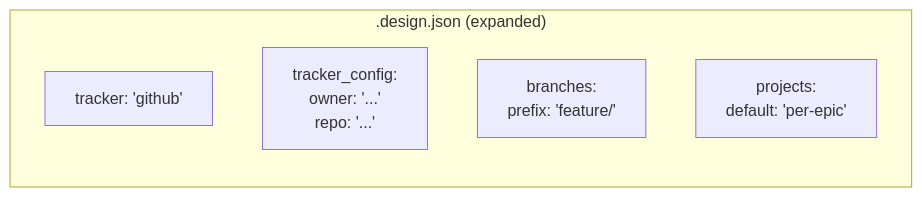
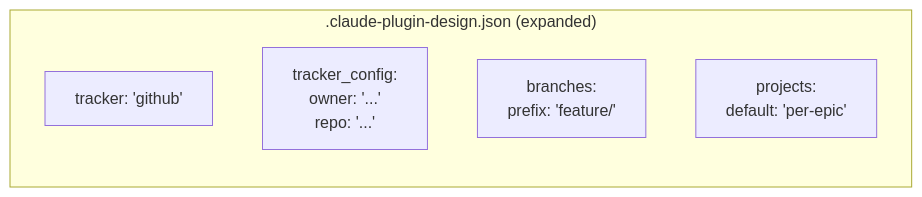
One commit to joestump/claude-plugin-design changed the second of 2 diagrams in docs/adrs/ADR-0009-project-grouping-and-developer-workflow-conventions.md. Above: the diagram before and after it, drawn with Mermaid. The commit also changed other lines of this file and 24 other files, not shown here.

First line of the commit message:
Rename .design.json to .claude-plugin-design.json, add Configuration docs

````diff
--- a/docs/adrs/ADR-0009-project-grouping-and-developer-workflow-conventions.md
+++ b/docs/adrs/ADR-0009-project-grouping-and-developer-workflow-conventions.md
@@ -156,9 +156,9 @@
 ```mermaid
 flowchart LR
-    subgraph ".design.json (expanded)"
+    subgraph ".claude-plugin-design.json (expanded)"
         tracker["tracker: 'github'"]
         tracker_config["tracker_config:\n  owner: '...'\n  repo: '...'"]
         branches["branches:\n  prefix: 'feature/'"]
         projects["projects:\n  default: 'per-epic'"]
     end
 ```
````
